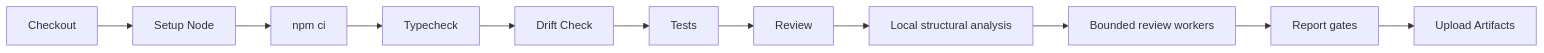
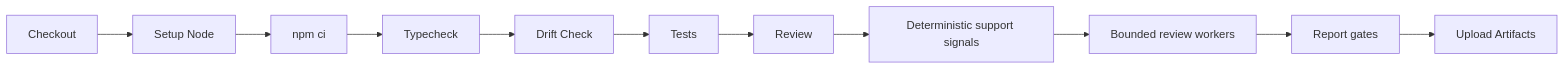
Before and after one commit to sebastianwessel/codereviewer: the diagram in docs/operations/ci-cd.md, drawn with Mermaid. The commit also changed other lines of this file and 521 other files, not shown here.

First line of the commit message:
Accuracy analysis, schema-drift hardening, precision + token tuning

````diff
--- a/docs/operations/ci-cd.md
+++ b/docs/operations/ci-cd.md
@@ -5,13 +5,13 @@
 ```mermaid
 flowchart LR
   Checkout["Checkout"] --> Setup["Setup Node"]
   Setup --> Install["npm ci"]
   Install --> Typecheck["Typecheck"]
   Typecheck --> Drift["Drift Check"]
   Drift --> Test["Tests"]
   Test --> Review["Review"]
-  Review --> Analysis["Local structural analysis"]
-  Analysis --> Workers["Bounded review workers"]
+  Review --> Signals["Deterministic support signals"]
+  Signals --> Workers["Bounded review workers"]
   Workers --> Reports["Report gates"]
   Reports --> Artifacts["Upload Artifacts"]
 ```
````
